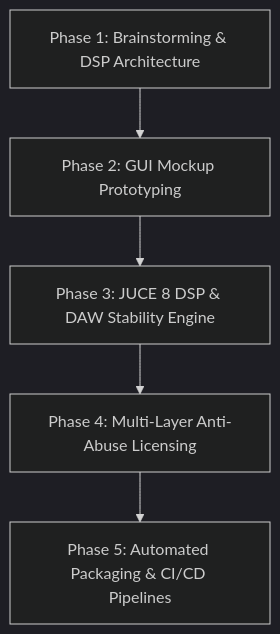
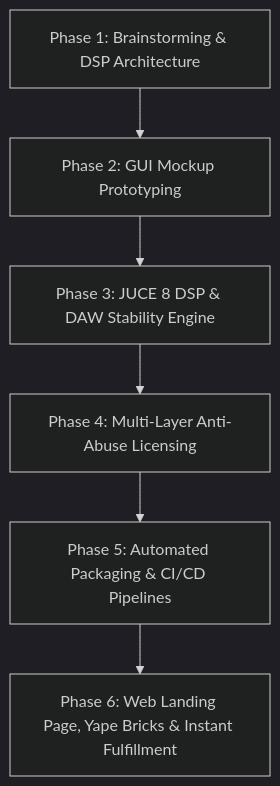
The first of 3 diagrams in .agents/skills/juce-plugin-creator/SKILL.md (williebs64uwu-create/OFFSZN), drawn with Mermaid (dark theme) before and after one commit. The commit also changed other lines of this file, not shown here.

Commit message:
docs(skill): add Phase 6 Yape bricks and checkout architecture to juce-plugin-creator

````diff
--- a/.agents/skills/juce-plugin-creator/SKILL.md
+++ b/.agents/skills/juce-plugin-creator/SKILL.md
@@ -16,7 +16,8 @@
 ```mermaid
 graph TD
     A[Phase 1: Brainstorming & DSP Architecture] --> B[Phase 2: GUI Mockup Prototyping]
     B --> C[Phase 3: JUCE 8 DSP & DAW Stability Engine]
     C --> D[Phase 4: Multi-Layer Anti-Abuse Licensing]
     D --> E[Phase 5: Automated Packaging & CI/CD Pipelines]
+    E --> F[Phase 6: Web Landing Page, Yape Bricks & Instant Fulfillment]
 ```
````
